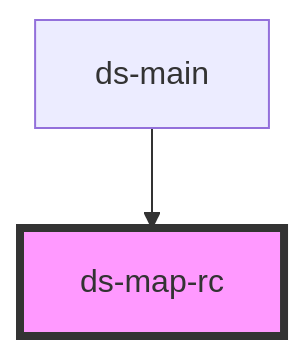
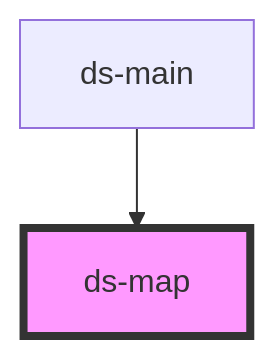
One commit to jezoock/dot-stash changed the diagram in components/map/readme.md. Above: the diagram before and after it, drawn with Mermaid. The commit also changed other lines of this file and 14 other files, not shown here.

````diff
--- a/components/map/readme.md
+++ b/components/map/readme.md
@@ -23,5 +157,5 @@
 ```mermaid
 graph TD;
-  ds-main --> ds-map-rc
-  style ds-map-rc fill:#f9f,stroke:#333,stroke-width:4px
+  ds-main --> ds-map
+  style ds-map fill:#f9f,stroke:#333,stroke-width:4px
 ```
````
